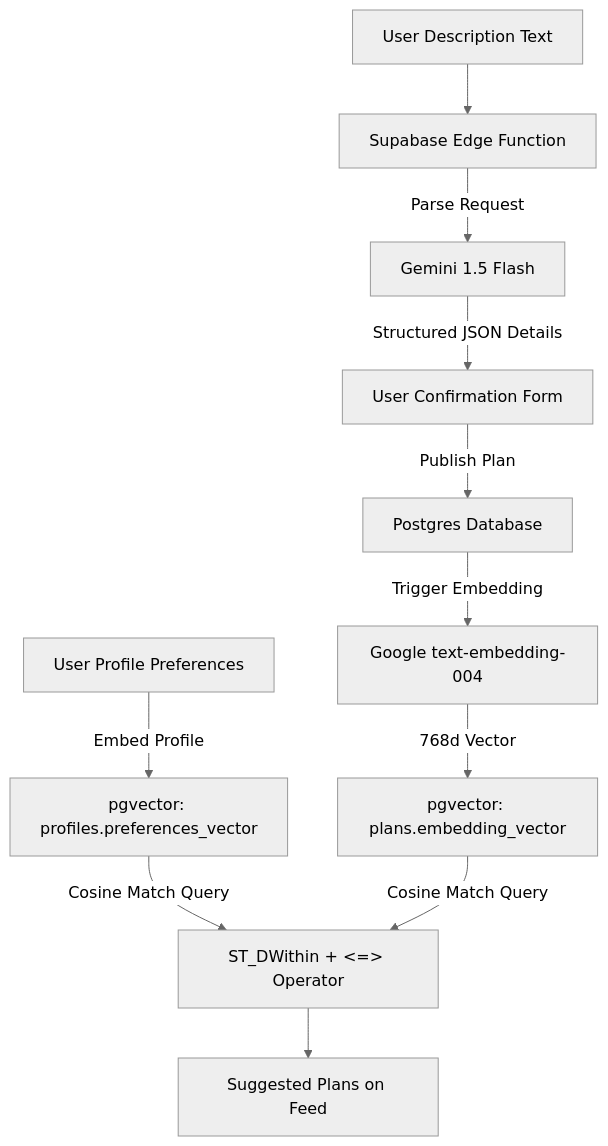
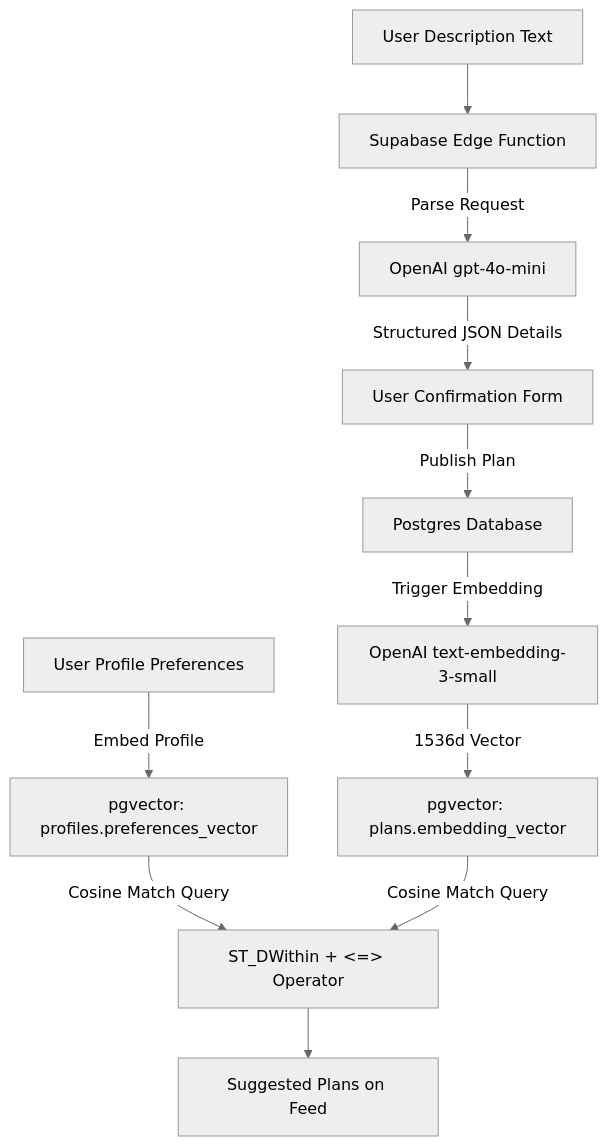
The first of 2 diagrams in docs/02_Tech_Stack_Research.md (GCK-6610/Along), drawn with Mermaid (neutral theme) before and after one commit. The commit also changed other lines of this file and 3 other files, not shown here.

Commit message:
Clean up Gender Reach form options and restore OpenAI as default AI baseline with a comparative study table

````diff
--- a/docs/02_Tech_Stack_Research.md
+++ b/docs/02_Tech_Stack_Research.md
@@ -36,15 +34,15 @@
 ```mermaid
 graph TD
     UserText[User Description Text] --> EdgeFunc[Supabase Edge Function]
-    EdgeFunc --> |Parse Request| GeminiNLP[Gemini 1.5 Flash]
-    GeminiNLP --> |Structured JSON Details| ConfirmForm[User Confirmation Form]
+    EdgeFunc --> |Parse Request| OpenAINLP[OpenAI gpt-4o-mini]
+    OpenAINLP --> |Structured JSON Details| ConfirmForm[User Confirmation Form]
     
     ConfirmForm --> |Publish Plan| SaveDB[Postgres Database]
-    SaveDB --> |Trigger Embedding| GeminiEmbed[Google text-embedding-004]
-    GeminiEmbed --> |768d Vector| VectorCol[pgvector: plans.embedding_vector]
+    SaveDB --> |Trigger Embedding| OpenAIEmbed[OpenAI text-embedding-3-small]
+    OpenAIEmbed --> |1536d Vector| VectorCol[pgvector: plans.embedding_vector]
     
     UserPref[User Profile Preferences] --> |Embed Profile| ProfileVector[pgvector: profiles.preferences_vector]
     
     ProfileVector & VectorCol --> |Cosine Match Query| MatchEngine[ST_DWithin + <=> Operator]
     MatchEngine --> MatchResults[Suggested Plans on Feed]
 ```
````
